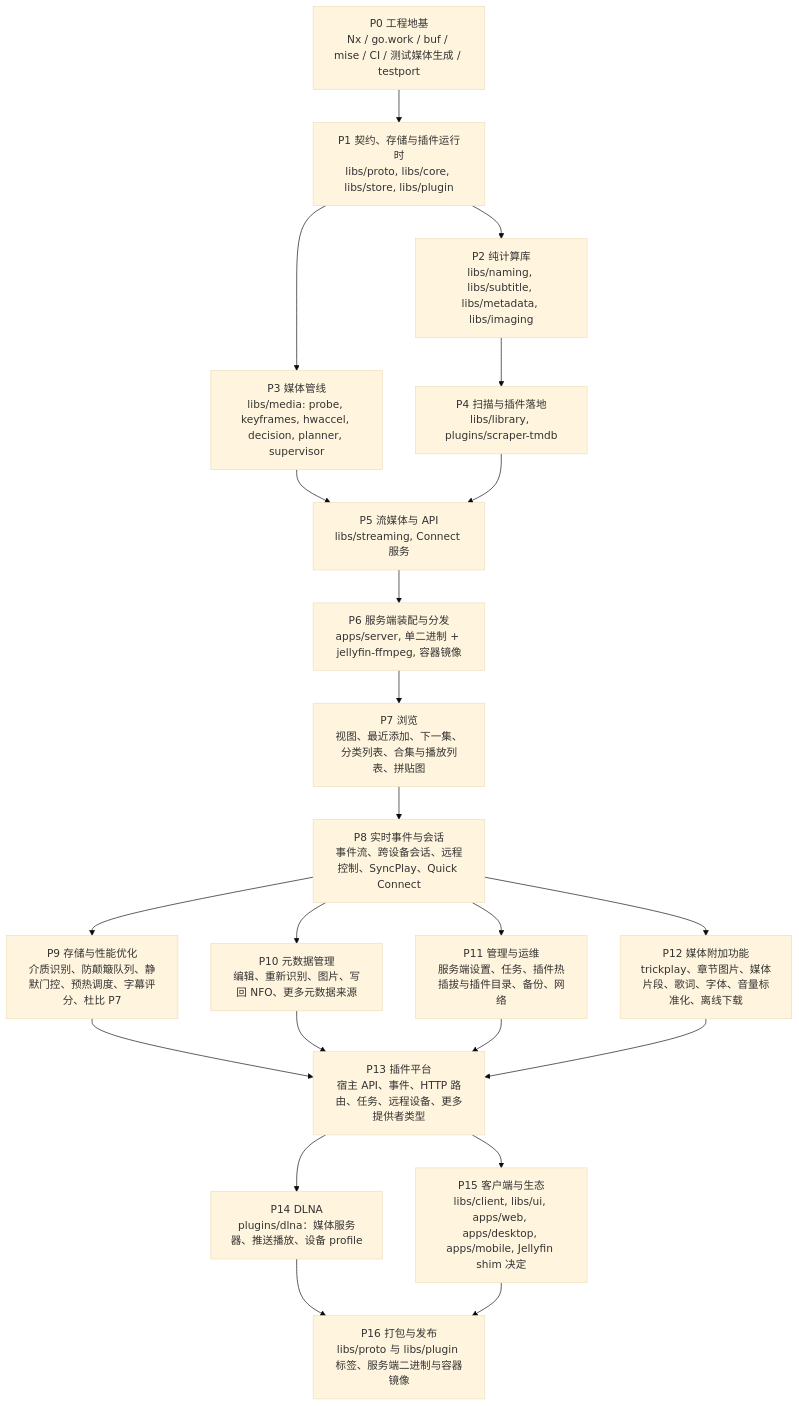
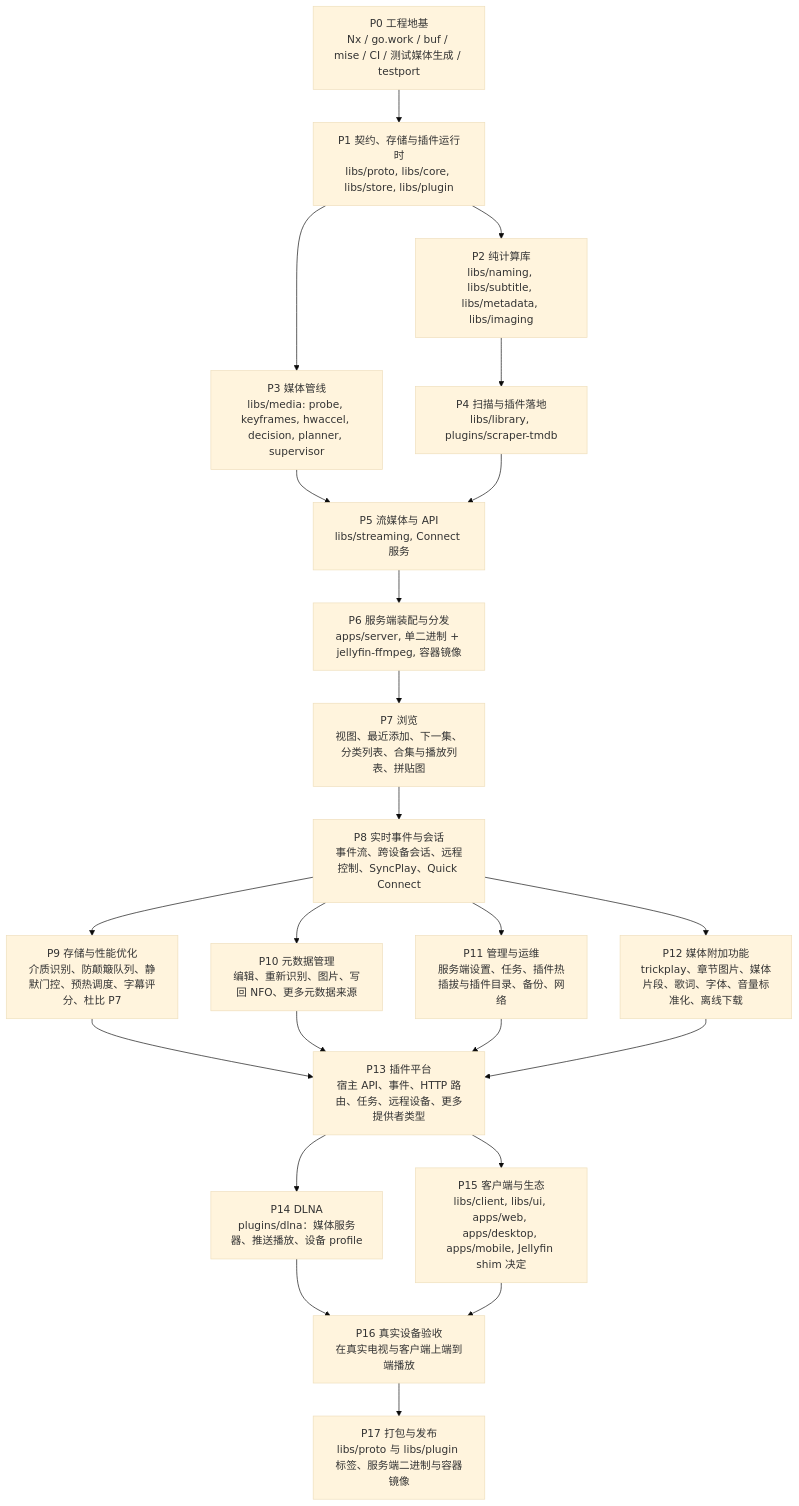
One commit to mavioai/mavio changed the diagram in docs/roadmap.zh-CN.md. Above: the diagram before and after it, drawn with Mermaid (base theme). The commit also changed other lines of this file and 1 other file, not shown here.

````diff
--- a/docs/roadmap.zh-CN.md
+++ b/docs/roadmap.zh-CN.md
@@ -20,42 +20,44 @@
 ```mermaid
 flowchart TD
     P0["P0 工程地基<br/>Nx / go.work / buf / mise / CI / 测试媒体生成 / testport"]
     P1["P1 契约、存储与插件运行时<br/>libs/proto, libs/core, libs/store, libs/plugin"]
     P2["P2 纯计算库<br/>libs/naming, libs/subtitle, libs/metadata, libs/imaging"]
     P3["P3 媒体管线<br/>libs/media: probe, keyframes, hwaccel, decision, planner, supervisor"]
     P4["P4 扫描与插件落地<br/>libs/library, plugins/scraper-tmdb"]
     P5["P5 流媒体与 API<br/>libs/streaming, Connect 服务"]
     P6["P6 服务端装配与分发<br/>apps/server, 单二进制 + jellyfin-ffmpeg, 容器镜像"]
     P7["P7 浏览<br/>视图、最近添加、下一集、分类列表、合集与播放列表、拼贴图"]
     P8["P8 实时事件与会话<br/>事件流、跨设备会话、远程控制、SyncPlay、Quick Connect"]
     P9["P9 存储与性能优化<br/>介质识别、防颠簸队列、静默门控、预热调度、字幕评分、杜比 P7"]
     P10["P10 元数据管理<br/>编辑、重新识别、图片、写回 NFO、更多元数据来源"]
     P11["P11 管理与运维<br/>服务端设置、任务、插件热插拔与插件目录、备份、网络"]
     P12["P12 媒体附加功能<br/>trickplay、章节图片、媒体片段、歌词、字体、音量标准化、离线下载"]
     P13["P13 插件平台<br/>宿主 API、事件、HTTP 路由、任务、远程设备、更多提供者类型"]
     P14["P14 DLNA<br/>plugins/dlna：媒体服务器、推送播放、设备 profile"]
     P15["P15 客户端与生态<br/>libs/client, libs/ui, apps/web, apps/desktop, apps/mobile, Jellyfin shim 决定"]
-    P16["P16 打包与发布<br/>libs/proto 与 libs/plugin 标签、服务端二进制与容器镜像"]
+    P16["P16 真实设备验收<br/>在真实电视与客户端上端到端播放"]
+    P17["P17 打包与发布<br/>libs/proto 与 libs/plugin 标签、服务端二进制与容器镜像"]
 
     P0 --> P1
     P1 --> P2
     P1 --> P3
     P2 --> P4
     P3 --> P5
     P4 --> P5
     P5 --> P6
     P6 --> P7
     P7 --> P8
     P8 --> P9
     P8 --> P10
     P8 --> P11
     P8 --> P12
     P9 --> P13
     P10 --> P13
     P11 --> P13
     P12 --> P13
     P13 --> P14
     P13 --> P15
     P14 --> P16
     P15 --> P16
+    P16 --> P17
 ```
````
